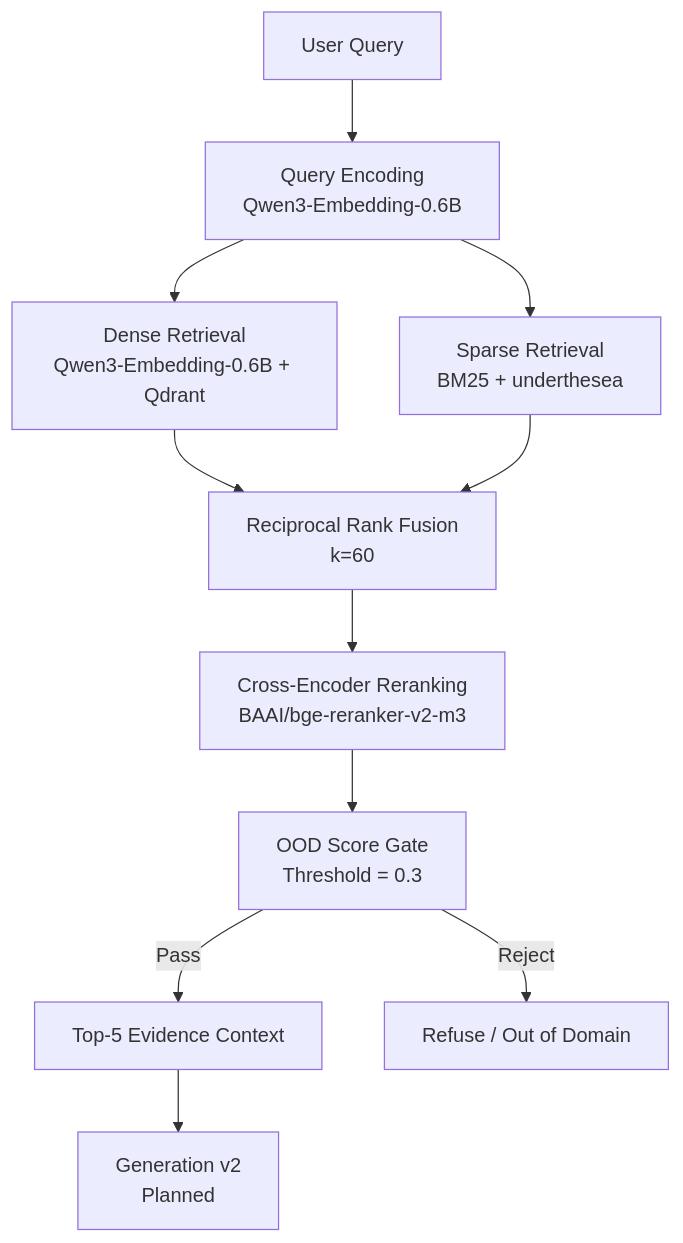
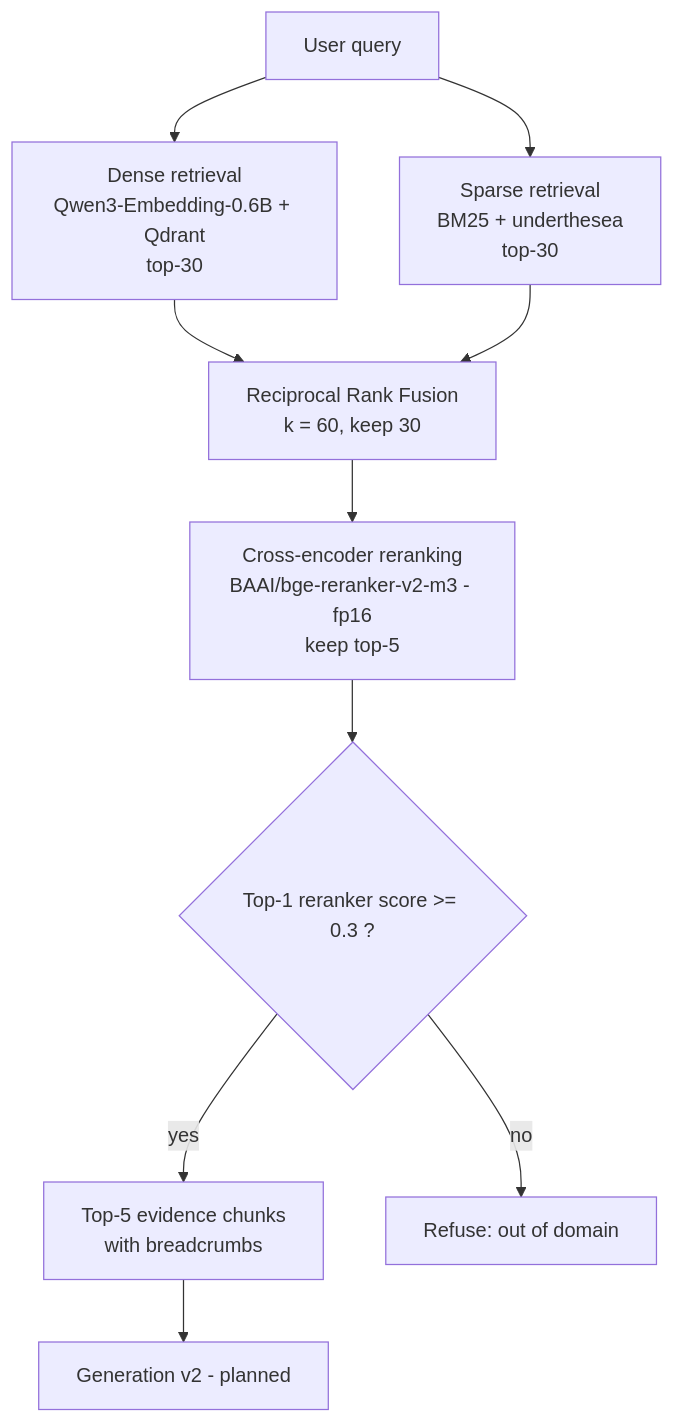
The diagram in README.md (wgnamlabs/vietnamese-maternal-health-rag), drawn with Mermaid before and after one commit. The commit also changed other lines of this file and 5 other files, not shown here.

````diff
--- a/README.md
+++ b/README.md
@@ -57,18 +75,12 @@
 ```mermaid
 flowchart TD
-    A[User Query] --> C[Query Encoding<br/>Qwen3-Embedding-0.6B]
-
-    C --> D[Dense Retrieval<br/>Qwen3-Embedding-0.6B + Qdrant]
-    C --> E[Sparse Retrieval<br/>BM25 + underthesea]
-
-    D --> F[Reciprocal Rank Fusion<br/>k=60]
-    E --> F
-
-    F --> G[Cross-Encoder Reranking<br/>BAAI/bge-reranker-v2-m3]
-    G --> H[OOD Score Gate<br/>Threshold = 0.3]
-    
-    H -->|Pass| I[Top-5 Evidence Context]
-    H -->|Reject| T[Refuse / Out of Domain]
-    
-    I --> J[Generation v2<br/>Planned]
+    Q["User query"] --> D["Dense retrieval<br/>Qwen3-Embedding-0.6B + Qdrant<br/>top-30"]
+    Q --> S["Sparse retrieval<br/>BM25 + underthesea<br/>top-30"]
+    D --> F["Reciprocal Rank Fusion<br/>k = 60, keep 30"]
+    S --> F
+    F --> R["Cross-encoder reranking<br/>BAAI/bge-reranker-v2-m3 - fp16<br/>keep top-5"]
+    R --> G{"Top-1 reranker score >= 0.3 ?"}
+    G -- "yes" --> C["Top-5 evidence chunks<br/>with breadcrumbs"]
+    G -- "no" --> X["Refuse: out of domain"]
+    C --> P["Generation v2 - planned"]
 ```
````
